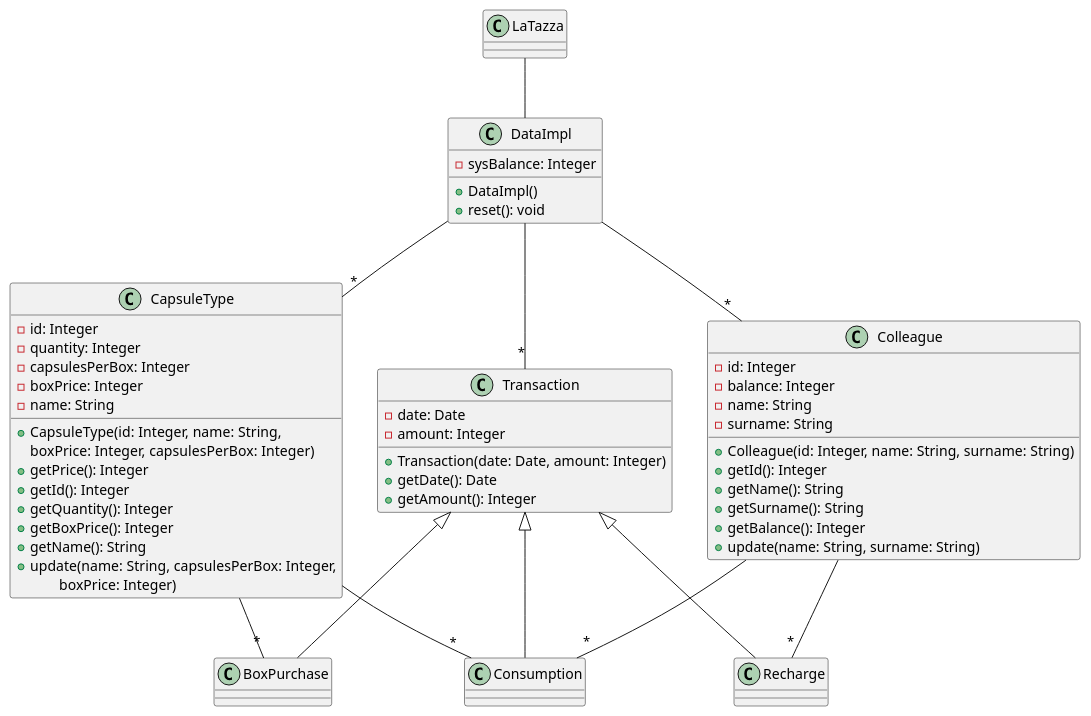
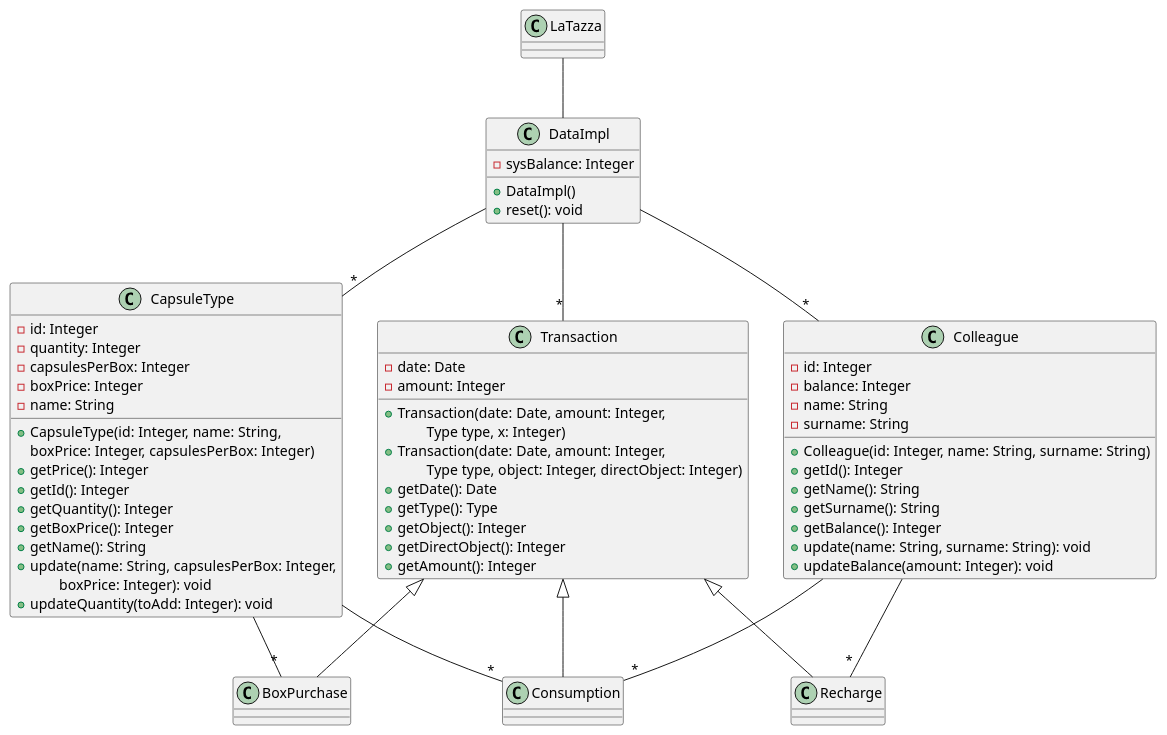
One commit to s41m0n/LaTazza changed the second of 4 diagrams in DesignDocument.md. Above: the diagram before and after it, drawn with PlantUML.

Commit message:
Fixed methods in class diagram

````diff
--- a/DesignDocument.md
+++ b/DesignDocument.md
@@ -64,71 +64,79 @@
 ```plantuml
 @startuml
 class LaTazza
 
 class DataImpl {
 	-sysBalance: Integer
 
 	+DataImpl()
 	+reset(): void
 }
 
 class Colleague {
 	-id: Integer
 	-balance: Integer
 	-name: String
 	-surname: String
 
 	+Colleague(id: Integer, name: String, surname: String)
 	+getId(): Integer
 	+getName(): String
 	+getSurname(): String
 	+getBalance(): Integer
-	+update(name: String, surname: String)
+	+update(name: String, surname: String): void
+	+updateBalance(amount: Integer): void
 }
 
 class CapsuleType {
 	-id: Integer
 	-quantity: Integer
 	-capsulesPerBox: Integer
 	-boxPrice: Integer
 	-name: String
 
 	+CapsuleType(id: Integer, name: String, 
 		boxPrice: Integer, capsulesPerBox: Integer)
 	+getPrice(): Integer
 	+getId(): Integer
 	+getQuantity(): Integer
 	+getBoxPrice(): Integer
 	+getName(): String
 	+update(name: String, capsulesPerBox: Integer, 
-		\tboxPrice: Integer)
+		\tboxPrice: Integer): void
+	+updateQuantity(toAdd: Integer): void
 }
 
 class Transaction {
 	-date: Date
 	-amount: Integer
 
-	+Transaction(date: Date, amount: Integer)
+	+Transaction(date: Date, amount: Integer,
+		\tType type, x: Integer)
+	+Transaction(date: Date, amount: Integer,
+		\tType type, object: Integer, directObject: Integer)
 	+getDate(): Date
+	+getType(): Type
+	+getObject(): Integer
+	+getDirectObject(): Integer
 	+getAmount(): Integer
 }
 
 class BoxPurchase
 class Recharge
 class Consumption
 
 LaTazza -- DataImpl
 DataImpl -- "*" Colleague
 DataImpl - "*" Transaction
 DataImpl -- "*" CapsuleType
 
 Colleague -- "*" Consumption
 Colleague -- "*" Recharge
 CapsuleType -- "*" Consumption
 CapsuleType -- "*" BoxPurchase
 
 Transaction <|-- Recharge
 Transaction <|-- Consumption
 Transaction <|-- BoxPurchase
 @enduml
 ```
````
